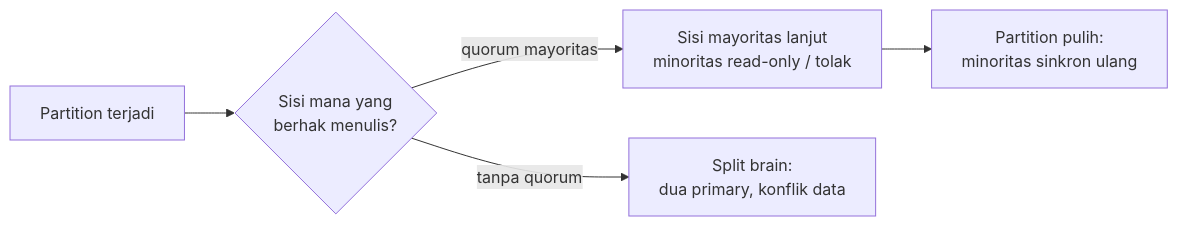
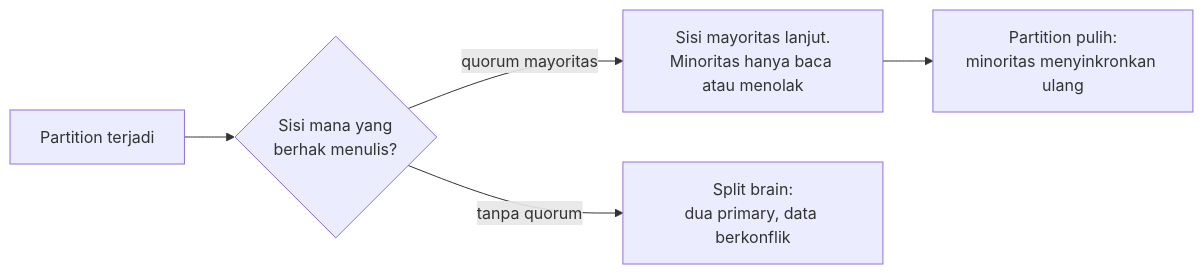
One commit to andreanpradanaa/sysdesign-lab changed the second of 2 diagrams in src/content/lessons/bagian-1/abstraksi-distributed-system.mdx. Above: the diagram before and after it, drawn with Mermaid. The commit also changed other lines of this file and 13 other files, not shown here.

````diff
--- a/src/content/lessons/bagian-1/abstraksi-distributed-system.mdx
+++ b/src/content/lessons/bagian-1/abstraksi-distributed-system.mdx
@@ -153,7 +159,7 @@
 ```mermaid
 flowchart LR
   P[Partition terjadi] --> Q{Sisi mana yang\nberhak menulis?}
-  Q -- quorum mayoritas --> M[Sisi mayoritas lanjut\nminoritas read-only / tolak]
-  Q -- tanpa quorum --> S[Split brain:\ndua primary, konflik data]
-  M --> R[Partition pulih:\nminoritas sinkron ulang]
+  Q -- quorum mayoritas --> M[Sisi mayoritas lanjut.\nMinoritas hanya baca atau menolak]
+  Q -- tanpa quorum --> S[Split brain:\ndua primary, data berkonflik]
+  M --> R[Partition pulih:\nminoritas menyinkronkan ulang]
 ```
````
